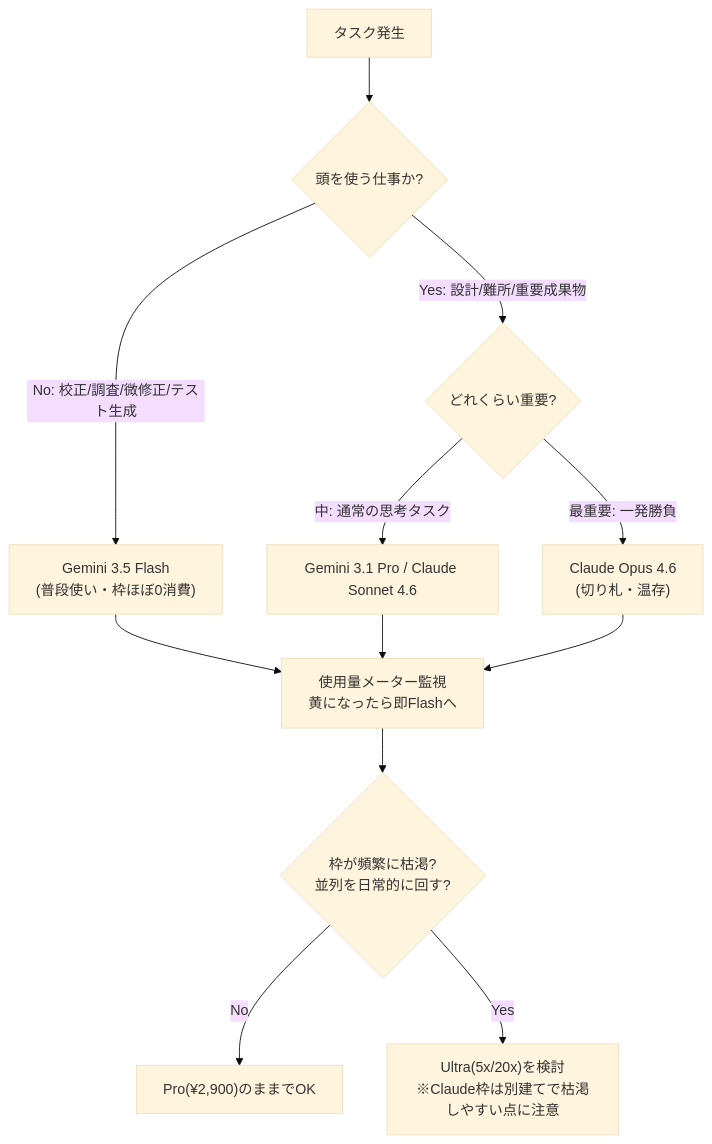
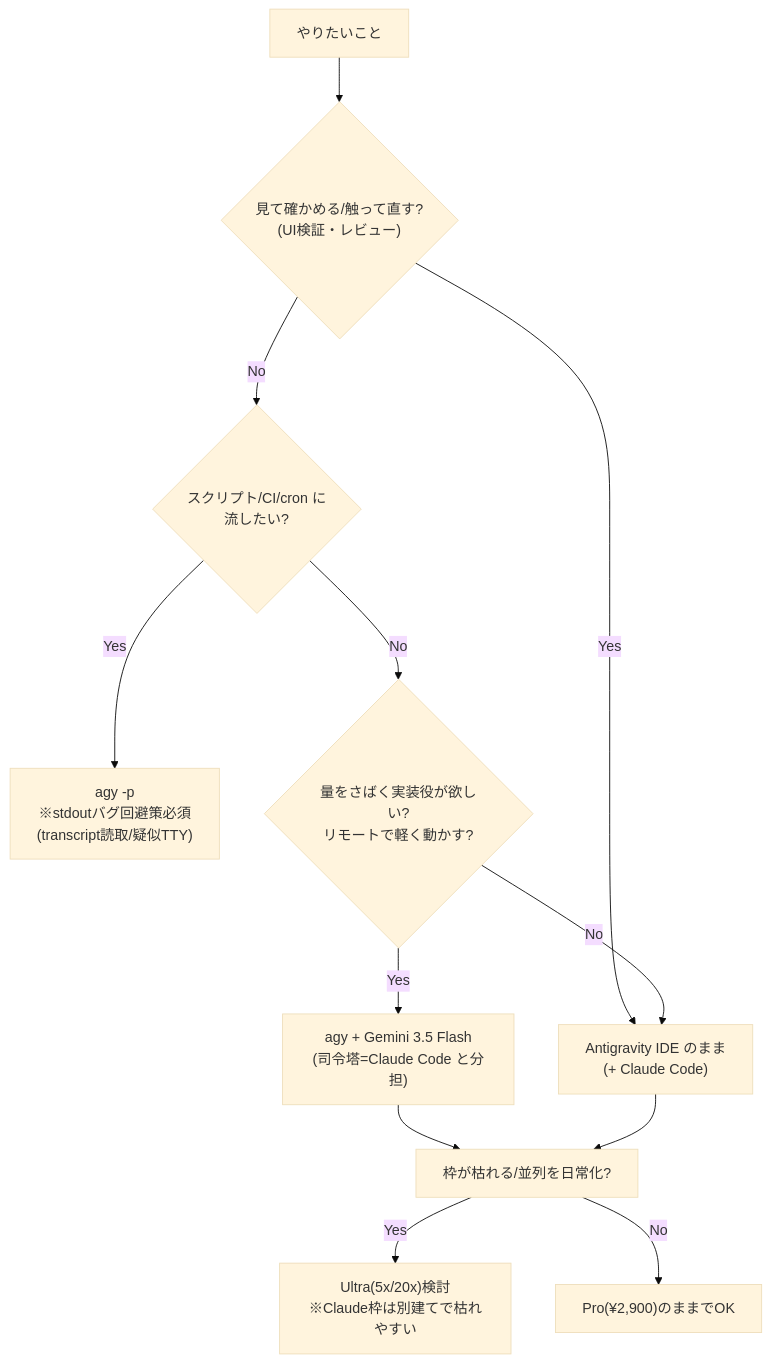
Before and after one commit to silmo-yokohama/knowledge-hub: the diagram in 01.Research/2026-06-25_antigravity-cli-pro-ultra-plans.md, drawn with Mermaid (base theme). The commit also changed other lines of this file, not shown here.

Commit message:
research: Antigravity CLI記事をCLI中心に改稿（IDE併用前提・CLIにしかできないこと/苦手なこと・claudeターミナルとの違いを追補。Browser AgentはCLI未対応/agy -p stdoutバグを反証検証で確定）

````diff
--- a/01.Research/2026-06-25_antigravity-cli-pro-ultra-plans.md
+++ b/01.Research/2026-06-25_antigravity-cli-pro-ultra-plans.md
@@ -216,14 +229,14 @@
 ```mermaid
 flowchart TD
-  A["タスク発生"] --> B{"頭を使う仕事か?"}
-  B -->|"No: 校正/調査/微修正/テスト生成"| C["Gemini 3.5 Flash<br/>(普段使い・枠ほぼ0消費)"]
-  B -->|"Yes: 設計/難所/重要成果物"| D{"どれくらい重要?"}
-  D -->|"中: 通常の思考タスク"| E["Gemini 3.1 Pro / Claude Sonnet 4.6"]
-  D -->|"最重要: 一発勝負"| F["Claude Opus 4.6<br/>(切り札・温存)"]
-  C --> G["使用量メーター監視<br/>黄になったら即Flashへ"]
-  E --> G
-  F --> G
-  G --> H{"枠が頻繁に枯渇?<br/>並列を日常的に回す?"}
-  H -->|"No"| I["Pro(¥2,900)のままでOK"]
-  H -->|"Yes"| J["Ultra(5x/20x)を検討<br/>※Claude枠は別建てで枯渇しやすい点に注意"]
+  A["やりたいこと"] --> B{"見て確かめる/触って直す?<br/>(UI検証・レビュー)"}
+  B -->|Yes| C["Antigravity IDE のまま<br/>(+ Claude Code)"]
+  B -->|No| D{"スクリプト/CI/cron に<br/>流したい?"}
+  D -->|Yes| E["agy -p<br/>※stdoutバグ回避策必須<br/>(transcript読取/疑似TTY)"]
+  D -->|No| F{"量をさばく実装役が欲しい?<br/>リモートで軽く動かす?"}
+  F -->|Yes| G["agy + Gemini 3.5 Flash<br/>(司令塔=Claude Code と分担)"]
+  F -->|No| C
+  G --> H["枠が枯れる/並列を日常化?"]
+  C --> H
+  H -->|Yes| I["Ultra(5x/20x)検討<br/>※Claude枠は別建てで枯れやすい"]
+  H -->|No| J["Pro(¥2,900)のままでOK"]
 ```
````
